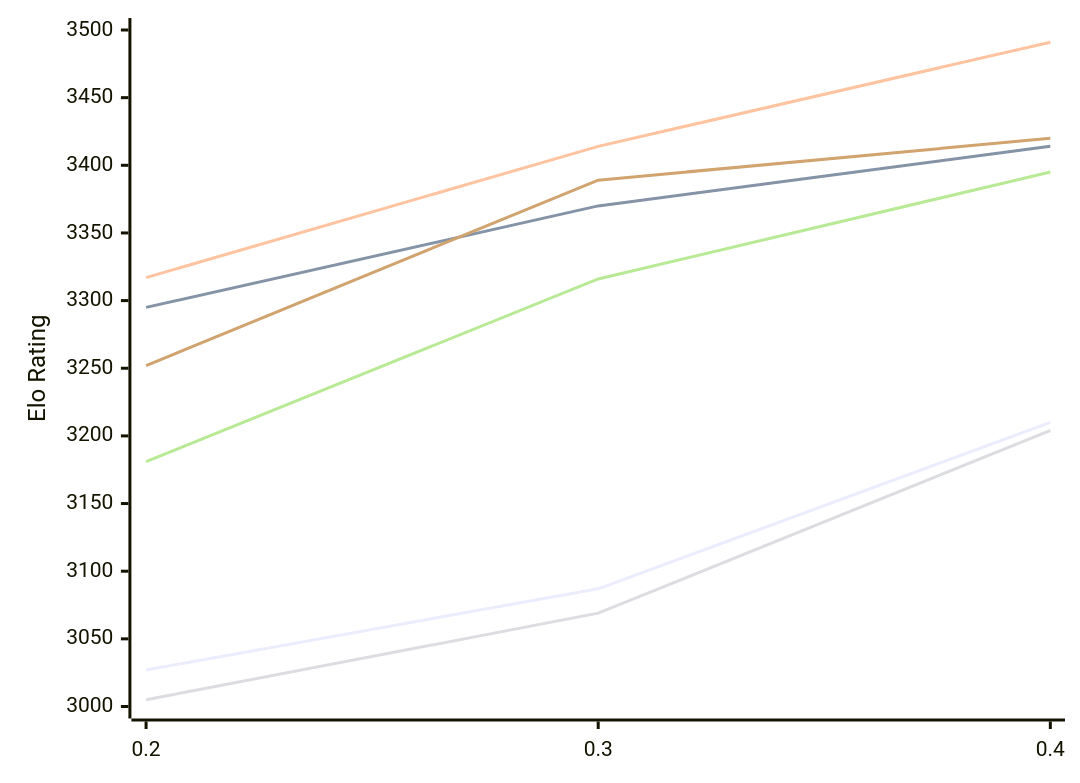
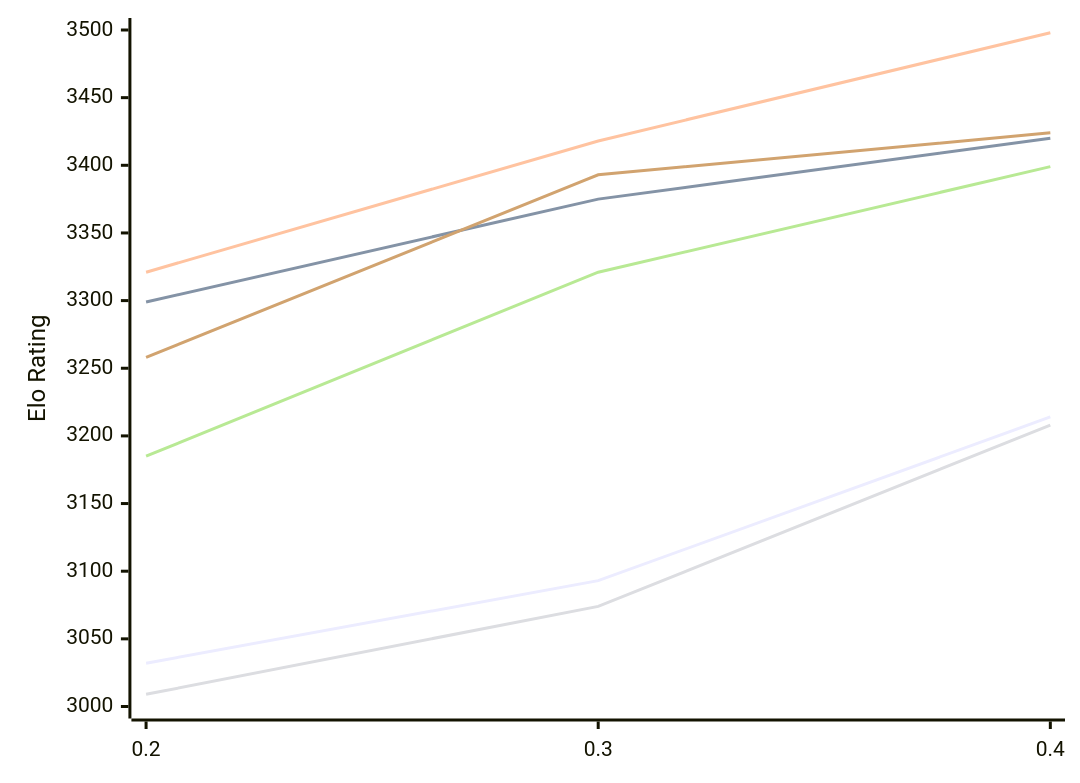
One commit to computer-chess-index/cci changed the diagram in engines/StockDory.md. Above: the diagram before and after it, drawn with Mermaid. The commit also changed other lines of this file, not shown here.

Commit message:
Update CCI Ratings (ELO VLTC) - 2026-11-20

````diff
--- a/engines/StockDory.md
+++ b/engines/StockDory.md
@@ -51,12 +51,12 @@
 ```mermaid
 %%{init: {"theme":"base","themeVariables":{"seriesColors:['#a3a3a3','#222221','#faa371']}}}%%
 xychart-beta
   x-axis ["0.2", "0.3", "0.4"]
   y-axis "Elo Rating" 3000 --> 3500
-  line "E1: STC (8.0+0.08s)" [3027, 3087, 3210]
-  line "E1: LTC (60.0+0.60s)" [3295, 3370, 3414]
-  line "E1: VLTC (2m24s+1.12s)" [3317, 3414, 3491]
-  line "P1: STC (8.0+0.08s)" [3005, 3069, 3204]
-  line "P1: LTC (60.0+0.60s)" [3181, 3316, 3395]
-  line "P1: VLTC (2m24s+1.12s)" [3252, 3389, 3420]
+  line "E1: STC (8.0+0.08s)" [3032, 3093, 3214]
+  line "E1: LTC (60.0+0.60s)" [3299, 3375, 3420]
+  line "E1: VLTC (2m24s+1.12s)" [3321, 3418, 3498]
+  line "P1: STC (8.0+0.08s)" [3009, 3074, 3208]
+  line "P1: LTC (60.0+0.60s)" [3185, 3321, 3399]
+  line "P1: VLTC (2m24s+1.12s)" [3258, 3393, 3424]
 ```
````
